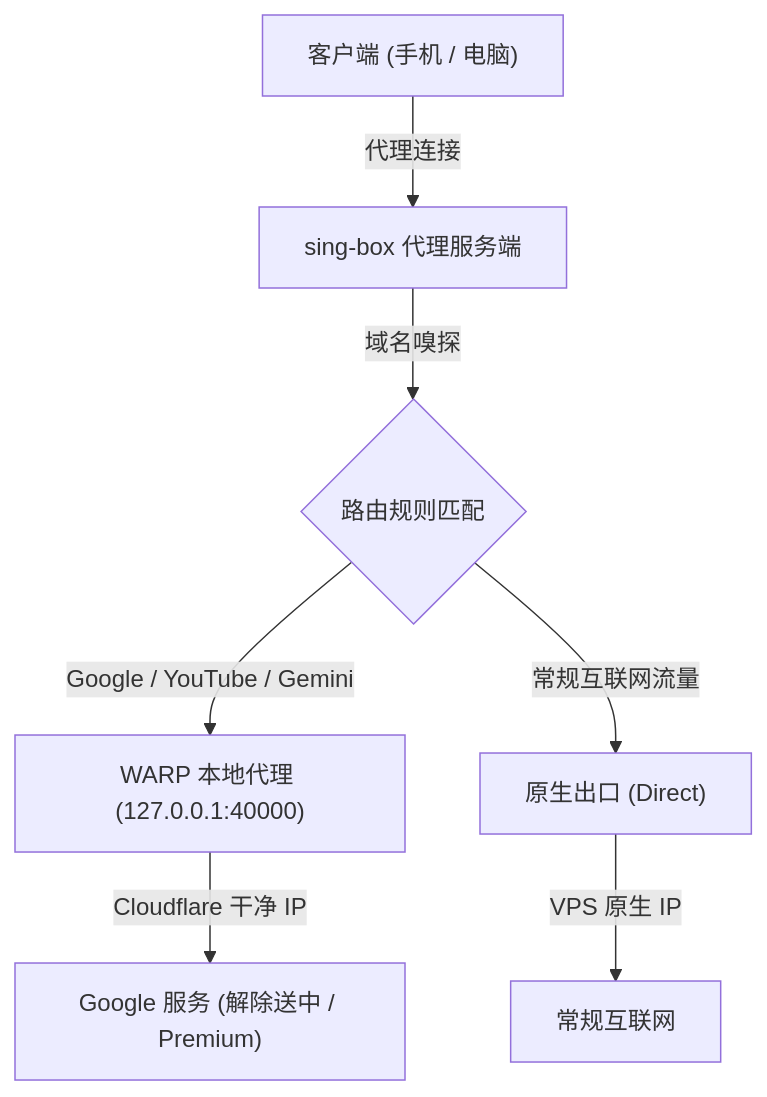
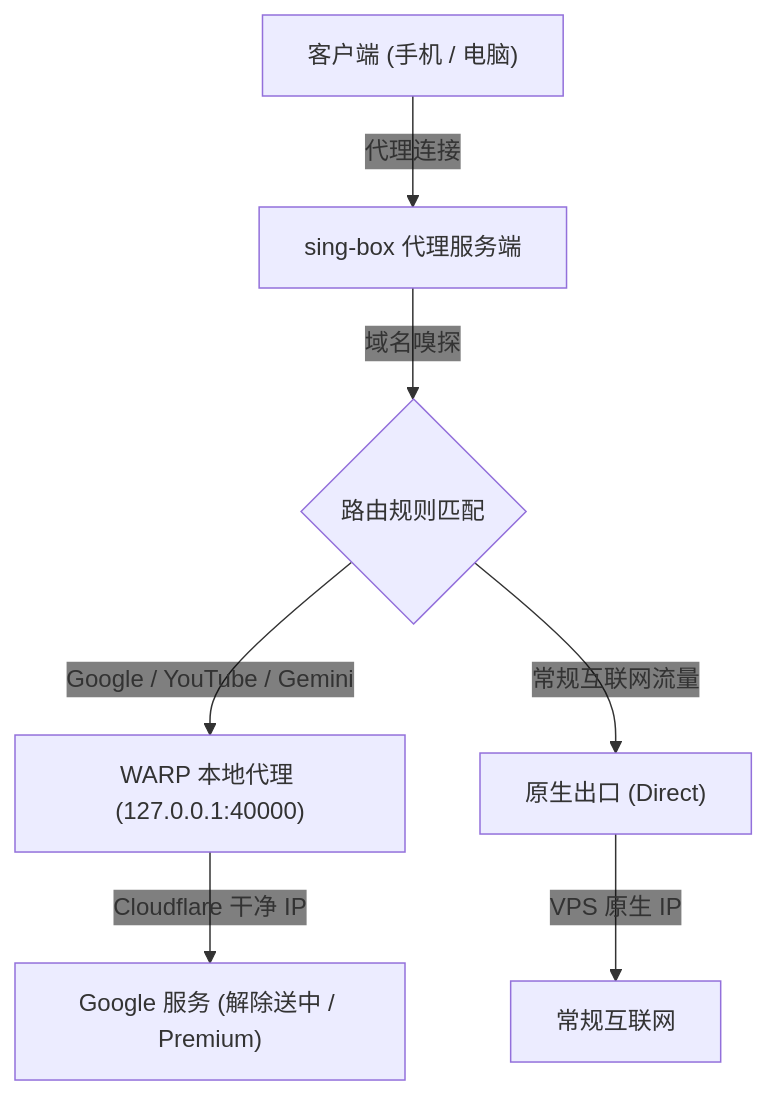
Before and after one commit to cfm019/warp2google: the diagram in README.md, drawn with Mermaid.

````diff
--- a/README.md
+++ b/README.md
@@ -14,13 +14,14 @@
 ```mermaid
+%%{init: {'themeVariables': { 'edgeLabelBackground': 'transparent' }}}%%
 flowchart TD
     Client["客户端 (手机 / 电脑)"]
     Client -->|"代理连接"| Singbox["sing-box 代理服务端"]
     
     Singbox -->|"域名嗅探"| Router{"路由规则匹配"}
     
     Router -->|"Google / YouTube / Gemini"| Warp["WARP 本地代理 (127.0.0.1:40000)"]
     Router -->|"常规互联网流量"| Direct["原生出口 (Direct)"]
     
     Warp -->|"Cloudflare 干净 IP"| TargetGoogle["Google 服务 (解除送中 / Premium)"]
     Direct -->|"VPS 原生 IP"| TargetWeb["常规互联网"]
 ```
````
